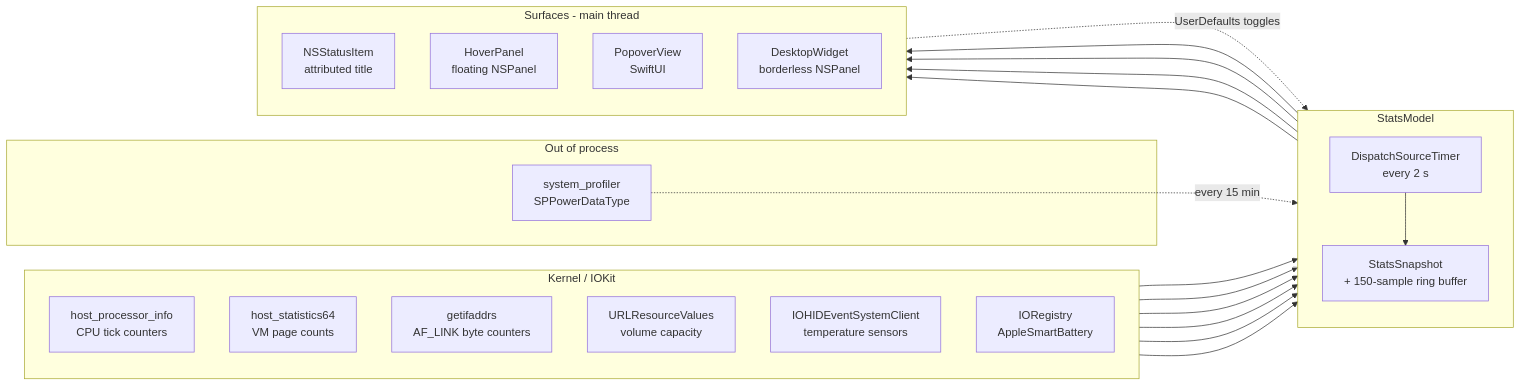
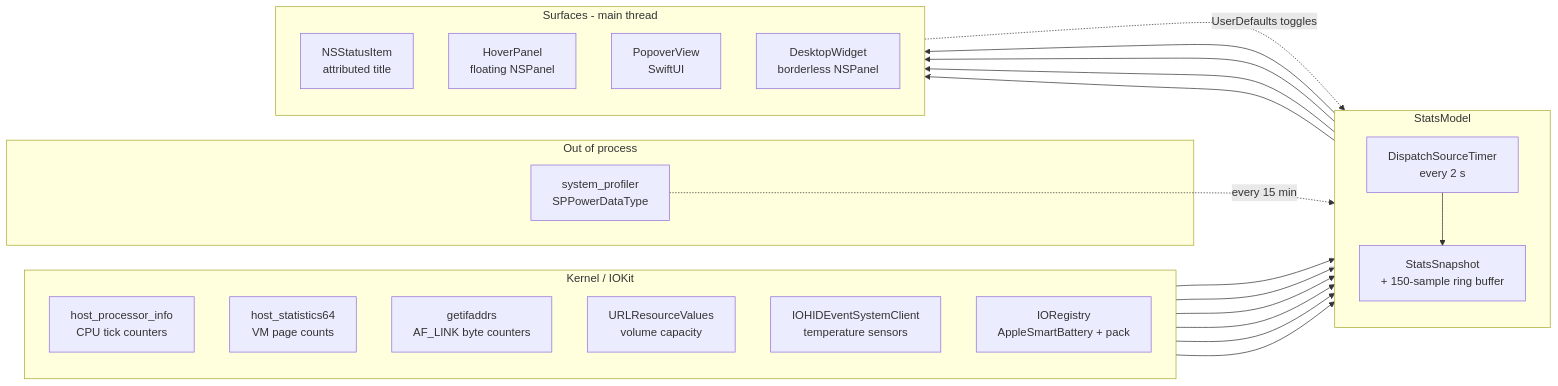
Before and after one commit to MilanDroid/hmon: the first of 3 diagrams in README.md, drawn with Mermaid. The commit also changed other lines of this file and 3 other files, not shown here.

````diff
--- a/README.md
+++ b/README.md
@@ -176,44 +176,44 @@
 ```mermaid
 flowchart LR
     subgraph SRC["Kernel / IOKit"]
         direction TB
         S1["host_processor_info<br/>CPU tick counters"]
         S2["host_statistics64<br/>VM page counts"]
         S3["getifaddrs<br/>AF_LINK byte counters"]
         S4["URLResourceValues<br/>volume capacity"]
         S5["IOHIDEventSystemClient<br/>temperature sensors"]
-        S6["IORegistry<br/>AppleSmartBattery"]
+        S6["IORegistry<br/>AppleSmartBattery + pack"]
     end
 
     subgraph PROC["Out of process"]
         S7["system_profiler<br/>SPPowerDataType"]
     end
 
     subgraph MODEL["StatsModel"]
         direction TB
         T["DispatchSourceTimer<br/>every 2 s"]
         SNAP["StatsSnapshot<br/>+ 150-sample ring buffer"]
         T --> SNAP
     end
 
     subgraph UI["Surfaces - main thread"]
         direction TB
         U1["NSStatusItem<br/>attributed title"]
         U2["HoverPanel<br/>floating NSPanel"]
         U3["PopoverView<br/>SwiftUI"]
         U4["DesktopWidget<br/>borderless NSPanel"]
     end
 
     S1 --> T
     S2 --> T
     S3 --> T
     S4 --> T
     S5 --> T
     S6 --> T
     S7 -. "every 15 min" .-> T
     SNAP --> U1
     SNAP --> U2
     SNAP --> U3
     SNAP --> U4
     U3 -. "UserDefaults toggles" .-> T
 ```
````
